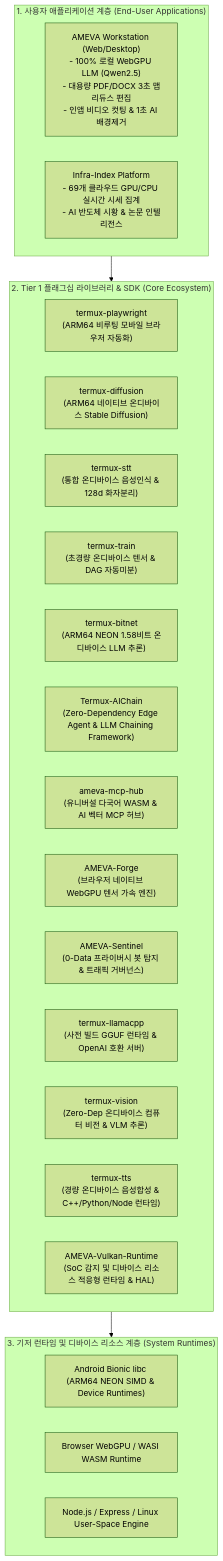
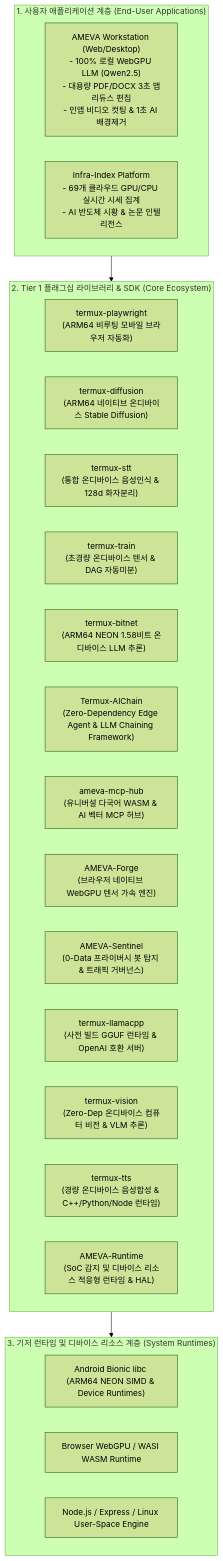
The diagram in FOUNDATION.md (uno-km/uno-km), drawn with Mermaid (forest theme) before and after one commit. The commit also changed other lines of this file and 2 other files, not shown here.

Commit message:
docs(ecosystem): update AMEVA-Runtime v2.0.1 and package install guides

````diff
--- a/FOUNDATION.md
+++ b/FOUNDATION.md
@@ -80,32 +80,32 @@
 ```mermaid
 flowchart TD
     subgraph AppLayer ["1. 사용자 애플리케이션 계층 (End-User Applications)"]
         Workstation["AMEVA Workstation (Web/Desktop)<br/>- 100% 로컬 WebGPU LLM (Qwen2.5)<br/>- 대용량 PDF/DOCX 3초 맵리듀스 편집<br/>- 인앱 비디오 컷팅 & 1초 AI 배경제거"]
         InfraIndex["Infra-Index Platform<br/>- 69개 클라우드 GPU/CPU 실시간 시세 집계<br/>- AI 반도체 시황 & 논문 인텔리전스"]
     end
 
     subgraph CoreLibs ["2. Tier 1 플래그십 라이브러리 & SDK (Core Ecosystem)"]
         Playwright["termux-playwright<br/>(ARM64 비루팅 모바일 브라우저 자동화)"]
         Diffusion["termux-diffusion<br/>(ARM64 네이티브 온디바이스 Stable Diffusion)"]
         STT["termux-stt<br/>(통합 온디바이스 음성인식 & 128d 화자분리)"]
         Train["termux-train<br/>(초경량 온디바이스 텐서 & DAG 자동미분)"]
         BitNet["termux-bitnet<br/>(ARM64 NEON 1.58비트 온디바이스 LLM 추론)"]
         AIChain["Termux-AIChain<br/>(Zero-Dependency Edge Agent & LLM Chaining Framework)"]
         MCPHub["ameva-mcp-hub<br/>(유니버설 다국어 WASM & AI 벡터 MCP 허브)"]
         Forge["AMEVA-Forge<br/>(브라우저 네이티브 WebGPU 텐서 가속 엔진)"]
         Sentinel["AMEVA-Sentinel<br/>(0-Data 프라이버시 봇 탐지 & 트래픽 거버넌스)"]
         LlamaCpp["termux-llamacpp<br/>(사전 빌드 GGUF 런타임 & OpenAI 호환 서버)"]
         Vision["termux-vision<br/>(Zero-Dep 온디바이스 컴퓨터 비전 & VLM 추론)"]
         TTS["termux-tts<br/>(경량 온디바이스 음성합성 & C++/Python/Node 런타임)"]
-        VulkanRuntime["AMEVA-Vulkan-Runtime<br/>(SoC 감지 및 디바이스 리소스 적응형 런타임 & HAL)"]
+        VulkanRuntime["AMEVA-Runtime<br/>(SoC 감지 및 디바이스 리소스 적응형 런타임 & HAL)"]
     end
 
     subgraph RuntimeLayer ["3. 기저 런타임 및 디바이스 리소스 계층 (System Runtimes)"]
         AndroidBionic["Android Bionic libc (ARM64 NEON SIMD & Device Runtimes)"]
         WebGPU_WASM["Browser WebGPU / WASI WASM Runtime"]
         NodeLinux["Node.js / Express / Linux User-Space Engine"]
     end
 
     AppLayer --> CoreLibs
     CoreLibs --> RuntimeLayer
 ```
````
